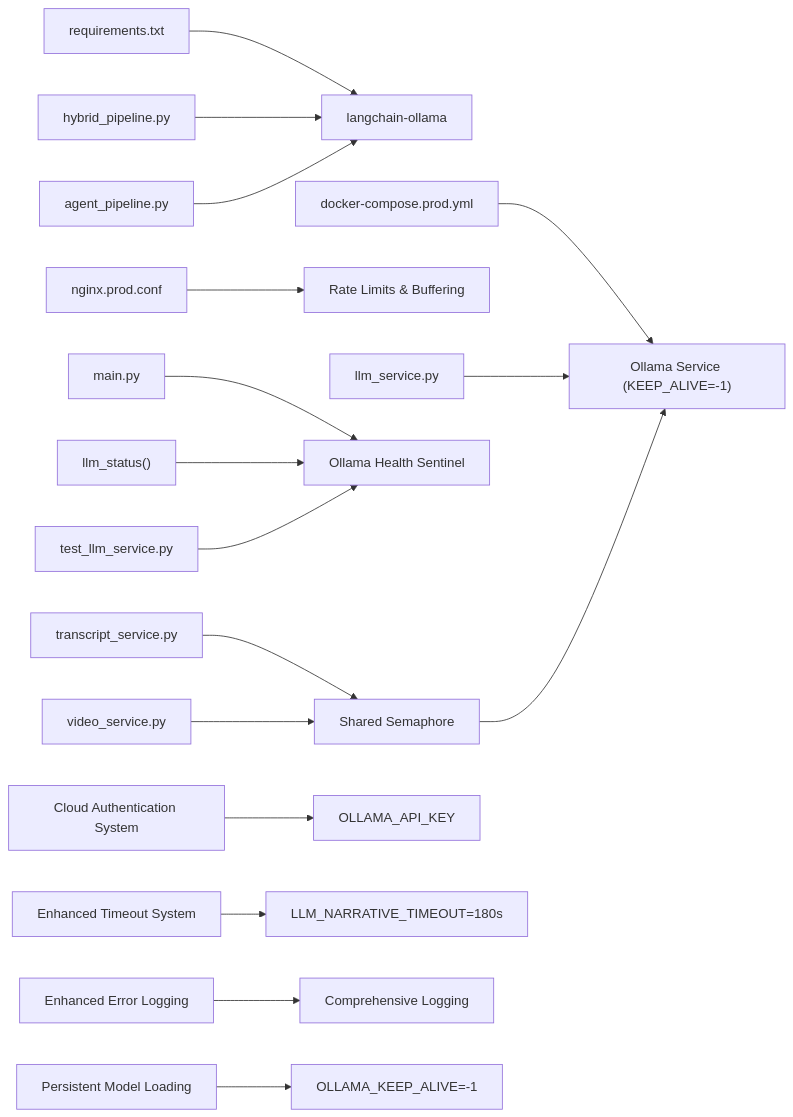
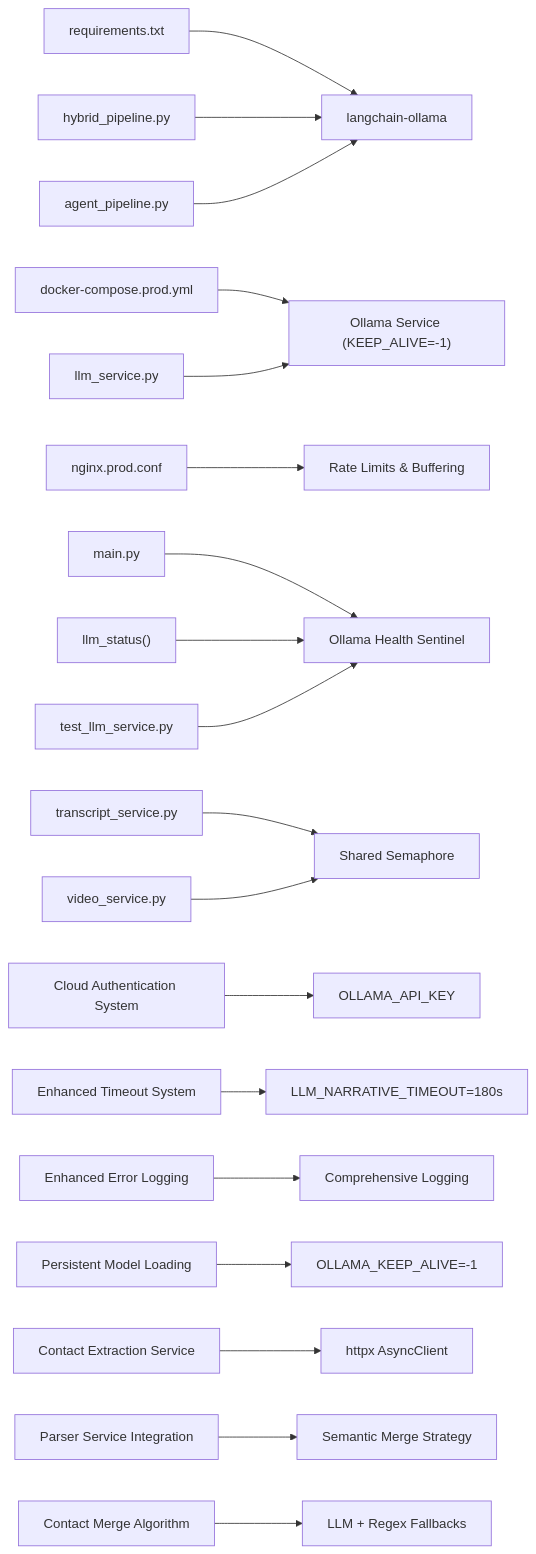
One commit to Revanththetalogics/aireume changed diagram 17 of 17 in .qoder/repowiki/en/content/Analysis Engine/LLM Service Integration.md. Above: the diagram before and after it, drawn with Mermaid. The commit also changed other lines of this file and 20 other files, not shown here.

````diff
--- a/.qoder/repowiki/en/content/Analysis Engine/LLM Service Integration.md
+++ b/.qoder/repowiki/en/content/Analysis Engine/LLM Service Integration.md
@@ -786,19 +934,21 @@
 ```mermaid
 graph LR
 A["requirements.txt"] --> B["langchain-ollama"]
 C["docker-compose.prod.yml"] --> D["Ollama Service (KEEP_ALIVE=-1)"]
 E["nginx.prod.conf"] --> F["Rate Limits & Buffering"]
 G["hybrid_pipeline.py"] --> B
 H["llm_service.py"] --> D
 I["agent_pipeline.py"] --> B
 J["main.py"] --> K["Ollama Health Sentinel"]
 L["llm_status()"] --> K
 M["test_llm_service.py"] --> K
 N["transcript_service.py"] --> O["Shared Semaphore"]
 P["video_service.py"] --> O
-O --> D
 Q["Cloud Authentication System"] --> R["OLLAMA_API_KEY"]
 S["Enhanced Timeout System"] --> T["LLM_NARRATIVE_TIMEOUT=180s"]
 U["Enhanced Error Logging"] --> V["Comprehensive Logging"]
 W["Persistent Model Loading"] --> X["OLLAMA_KEEP_ALIVE=-1"]
+Y["Contact Extraction Service"] --> Z["httpx AsyncClient"]
+AA["Parser Service Integration"] --> BB["Semantic Merge Strategy"]
+CC["Contact Merge Algorithm"] --> DD["LLM + Regex Fallbacks"]
 ```
````
